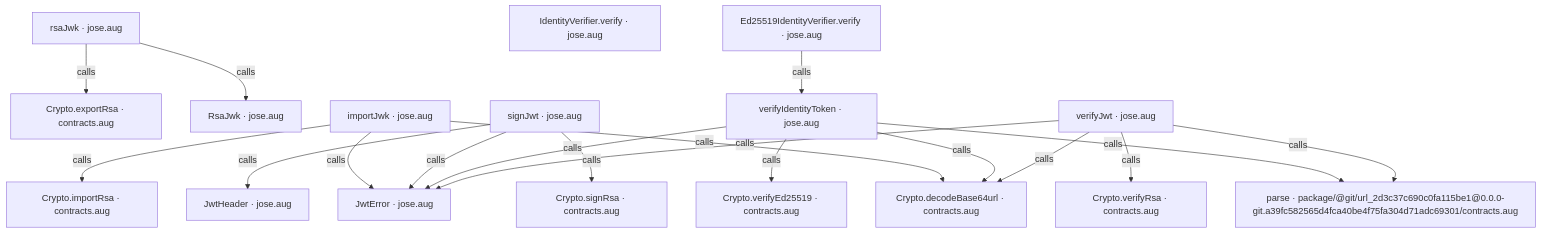
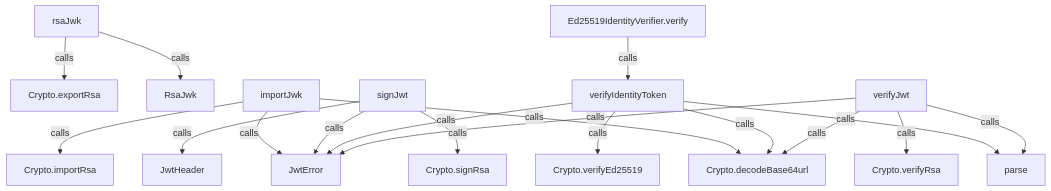
Before and after one commit to GreenPandaStudios/augscript: the second of 14 diagrams in src/stdlib/crypto/jose.aug.diagrams.md, drawn with Mermaid. The commit also changed other lines of this file and 524 other files, not shown here.

Commit message:
Explain checked data flow at folder and service levels

````diff
--- a/src/stdlib/crypto/jose.aug.diagrams.md
+++ b/src/stdlib/crypto/jose.aug.diagrams.md
@@ -49,37 +44,36 @@
 ```mermaid
 flowchart TD
-    n0["parse · package/@git/url_2d3c37c690c0fa115be1@0.0.0-git.a39fc582565d4fca40be4f75fa304d71adc69301/contracts.aug"]
-    n1["Crypto.decodeBase64url · contracts.aug"]
-    n2["Crypto.exportRsa · contracts.aug"]
-    n3["Crypto.importRsa · contracts.aug"]
-    n4["Crypto.signRsa · contracts.aug"]
-    n5["Crypto.verifyEd25519 · contracts.aug"]
-    n6["Crypto.verifyRsa · contracts.aug"]
-    n7["Ed25519IdentityVerifier.verify · jose.aug"]
-    n8["IdentityVerifier.verify · jose.aug"]
-    n9["JwtError · jose.aug"]
-    n10["JwtHeader · jose.aug"]
-    n11["RsaJwk · jose.aug"]
-    n12["importJwk · jose.aug"]
-    n13["rsaJwk · jose.aug"]
-    n14["signJwt · jose.aug"]
-    n15["verifyIdentityToken · jose.aug"]
-    n16["verifyJwt · jose.aug"]
-    n7 -->|"calls"| n15
-    n12 -->|"calls"| n1
-    n12 -->|"calls"| n3
-    n12 -->|"calls"| n9
-    n13 -->|"calls"| n2
-    n13 -->|"calls"| n11
-    n14 -->|"calls"| n4
-    n14 -->|"calls"| n9
-    n14 -->|"calls"| n10
+    n0["parse"]
+    n1["Crypto.decodeBase64url"]
+    n2["Crypto.exportRsa"]
+    n3["Crypto.importRsa"]
+    n4["Crypto.signRsa"]
+    n5["Crypto.verifyEd25519"]
+    n6["Crypto.verifyRsa"]
+    n7["Ed25519IdentityVerifier.verify"]
+    n8["JwtError"]
+    n9["JwtHeader"]
+    n10["RsaJwk"]
+    n11["importJwk"]
+    n12["rsaJwk"]
+    n13["signJwt"]
+    n14["verifyIdentityToken"]
+    n15["verifyJwt"]
+    n7 -->|"calls"| n14
+    n11 -->|"calls"| n1
+    n11 -->|"calls"| n3
+    n11 -->|"calls"| n8
+    n12 -->|"calls"| n2
+    n12 -->|"calls"| n10
+    n13 -->|"calls"| n4
+    n13 -->|"calls"| n8
+    n13 -->|"calls"| n9
+    n14 -->|"calls"| n0
+    n14 -->|"calls"| n1
+    n14 -->|"calls"| n5
+    n14 -->|"calls"| n8
     n15 -->|"calls"| n0
     n15 -->|"calls"| n1
-    n15 -->|"calls"| n5
-    n15 -->|"calls"| n9
-    n16 -->|"calls"| n0
-    n16 -->|"calls"| n1
-    n16 -->|"calls"| n6
-    n16 -->|"calls"| n9
+    n15 -->|"calls"| n6
+    n15 -->|"calls"| n8
 ```
````
